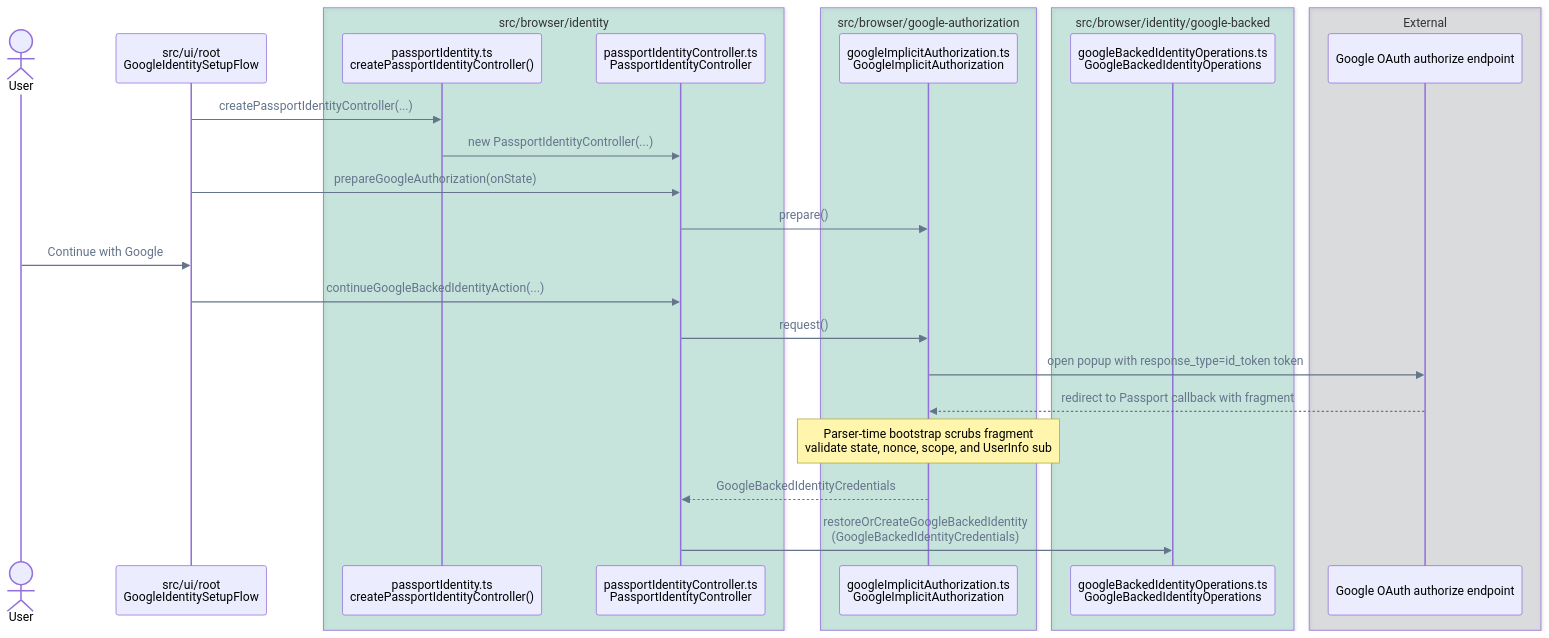
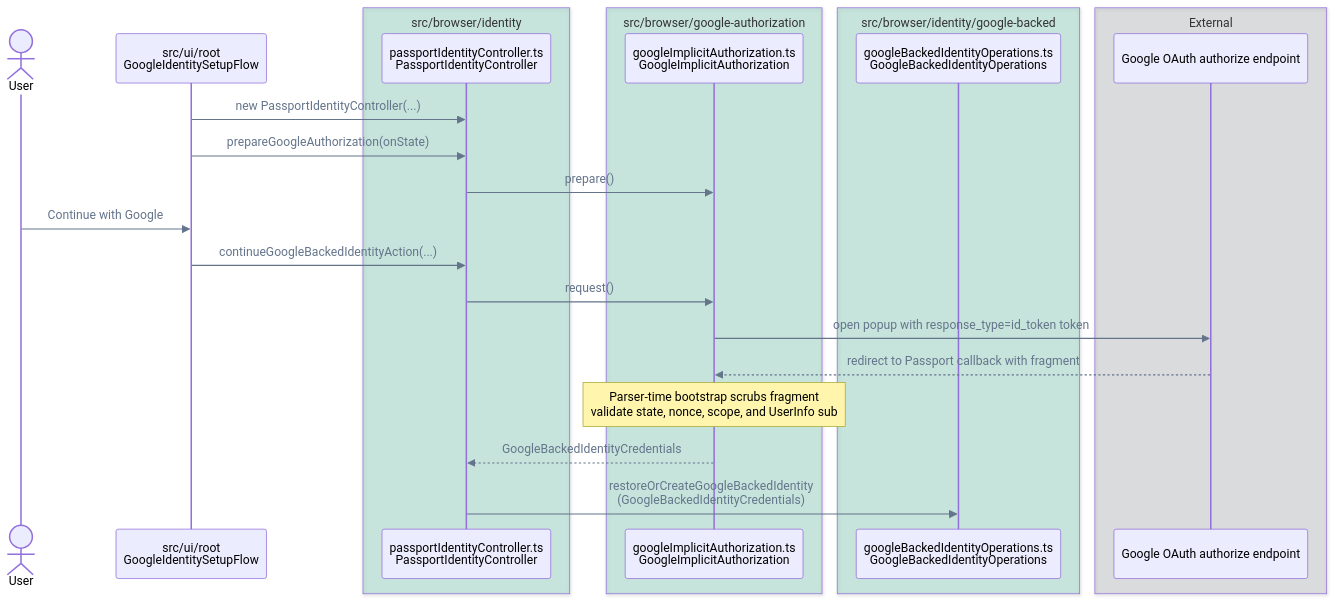
The seventh of 14 diagrams in FLOWS.md (pubky/pubky-passport), drawn with Mermaid before and after one commit. The commit also changed 38 other files, not shown here.

Commit message:
refactor: simplify identity controller composition

````diff
--- a/FLOWS.md
+++ b/FLOWS.md
@@ -311,34 +311,32 @@
 ```mermaid
 %%{init: {"themeVariables": {"signalColor": "#64748B", "signalTextColor": "#64748B"}}}%%
 sequenceDiagram
     accTitle: Single Google implicit popup call flow
     accDescr: One user click requests identity and Drive scopes; the callback fragment is scrubbed during HTML parsing and credentials remain browser-only.
     actor User
     participant UI as src/ui/root<br/>GoogleIdentitySetupFlow
     box rgba(0, 158, 115, 0.18) src/browser/identity
-        participant Factory as passportIdentity.ts<br/>createPassportIdentityController()
         participant Controller as passportIdentityController.ts<br/>PassportIdentityController
     end
     box rgba(0, 158, 115, 0.18) src/browser/google-authorization
         participant Authorization as googleImplicitAuthorization.ts<br/>GoogleImplicitAuthorization
     end
     box rgba(0, 158, 115, 0.18) src/browser/identity/google-backed
         participant Operations as googleBackedIdentityOperations.ts<br/>GoogleBackedIdentityOperations
     end
     box rgba(17, 24, 39, 0.12) External
         participant OAuth as Google OAuth authorize endpoint
     end
 
-    UI->>Factory: createPassportIdentityController(...)
-    Factory->>Controller: new PassportIdentityController(...)
+    UI->>Controller: new PassportIdentityController(...)
     UI->>Controller: prepareGoogleAuthorization(onState)
     Controller->>Authorization: prepare()
     User->>UI: Continue with Google
     UI->>Controller: continueGoogleBackedIdentityAction(...)
     Controller->>Authorization: request()
     Authorization->>OAuth: open popup with response_type=id_token token
     OAuth-->>Authorization: redirect to Passport callback with fragment
     Note over Authorization: Parser-time bootstrap scrubs fragment<br/>validate state, nonce, scope, and UserInfo sub
     Authorization-->>Controller: GoogleBackedIdentityCredentials
     Controller->>Operations: restoreOrCreateGoogleBackedIdentity<br/>(GoogleBackedIdentityCredentials)
 ```
````
